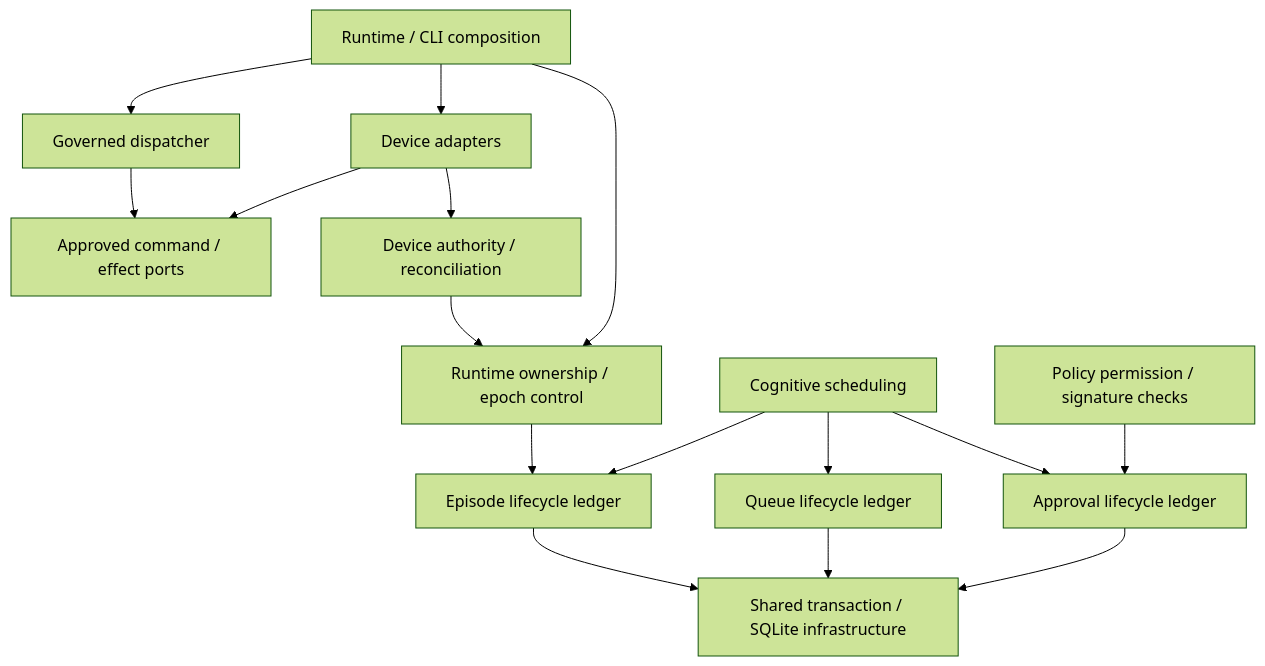
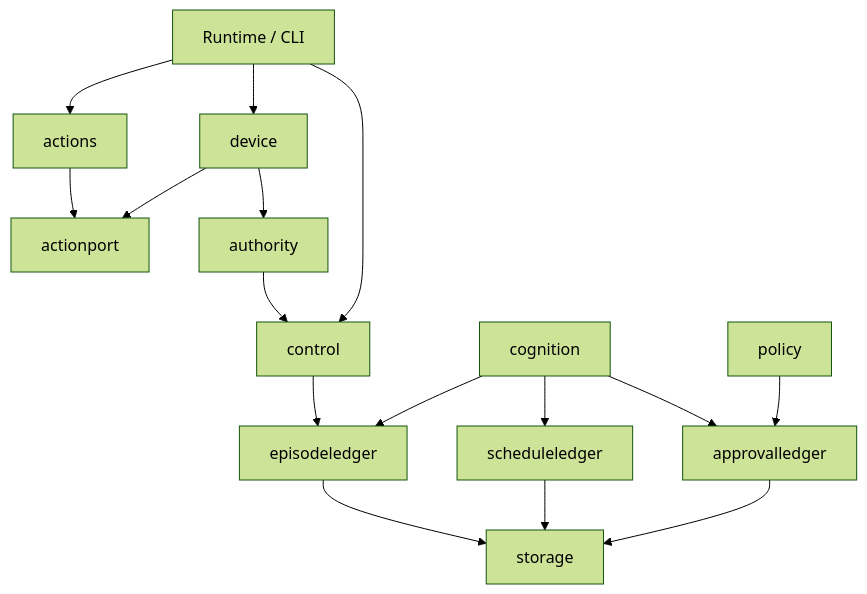
The diagram in documentation/architecture/modules.md (ghassan-ai-projects/agentic-stream), drawn with Mermaid (forest theme) before and after one commit. The commit also changed other lines of this file and 37 other files, not shown here.

Commit message:
docs: simplify diagrams and verify the learning and runtime guides

````diff
--- a/documentation/architecture/modules.md
+++ b/documentation/architecture/modules.md
@@ -18,18 +25,18 @@
 ```mermaid
 flowchart TD
-    R["Runtime / CLI composition"] --> A["Governed dispatcher"]
-    R --> D["Device adapters"]
-    A --> P["Approved command / effect ports"]
+    R["Runtime / CLI"] --> A["actions"]
+    R --> D["device"]
+    A --> P["actionport"]
     D --> P
-    R --> C["Runtime ownership / epoch control"]
-    C --> E["Episode lifecycle ledger"]
-    S["Cognitive scheduling"] --> E
-    S --> Q["Queue lifecycle ledger"]
-    S --> H["Approval lifecycle ledger"]
-    G["Policy permission / signature checks"] --> H
-    D --> T["Device authority / reconciliation"]
+    R --> C["control"]
+    C --> E["episodeledger"]
+    S["cognition"] --> E
+    S --> Q["scheduleledger"]
+    S --> H["approvalledger"]
+    G["policy"] --> H
+    D --> T["authority"]
     T --> C
-    E --> DB["Shared transaction / SQLite infrastructure"]
+    E --> DB["storage"]
     Q --> DB
     H --> DB
 ```
````
